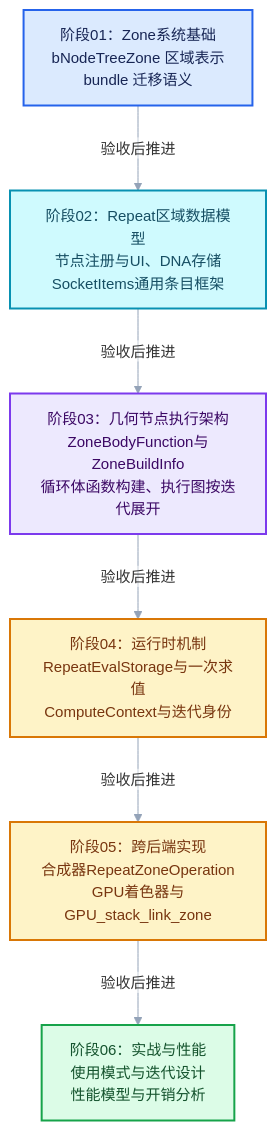
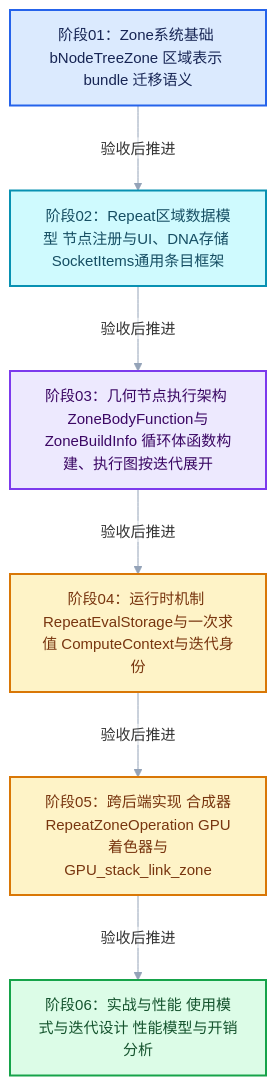
One commit to yunkezengren/blender-.vscode changed the first of 2 diagrams in 杂/markdown/重复区域-dsh/00-课程指南/01-学习路线与阶段验收.md. Above: the diagram before and after it, drawn with Mermaid. The commit also changed other lines of this file and 27 other files, not shown here.

````diff
--- a/杂/markdown/重复区域-dsh/00-课程指南/01-学习路线与阶段验收.md
+++ b/杂/markdown/重复区域-dsh/00-课程指南/01-学习路线与阶段验收.md
@@ -33,21 +31,21 @@
 ```mermaid
 %%{init: {"theme":"base","themeVariables":{"fontFamily":"\"Segoe UI\",\"Microsoft YaHei\",sans-serif","fontSize":"15px","lineColor":"#94A3B8","edgeLabelBackground":"#FFFFFF","clusterBkg":"#F8FAFC","clusterBorder":"#CBD5E1"},"flowchart":{"htmlLabels":false,"curve":"basis","nodeSpacing":52,"rankSpacing":64,"padding":14,"diagramPadding":16,"useMaxWidth":true},"sequence":{"useMaxWidth":true,"wrap":true,"mirrorActors":false,"messageMargin":36}}}%%
 flowchart TB
-  S0["阶段01：Zone系统基础<br/>bNodeTreeZone 区域表示<br/>bundle 迁移语义"]:::input
-  S1["阶段02：Repeat区域数据模型<br/>节点注册与UI、DNA存储<br/>SocketItems通用条目框架"]:::data
-  S2["阶段03：几何节点执行架构<br/>ZoneBodyFunction与ZoneBuildInfo<br/>循环体函数构建、执行图按迭代展开"]:::abstraction
-  S3["阶段04：运行时机制<br/>RepeatEvalStorage与一次求值<br/>ComputeContext与迭代身份"]:::compute
-  S4["阶段05：跨后端实现<br/>合成器RepeatZoneOperation<br/>GPU着色器与GPU_stack_link_zone"]:::compute
-  S5["阶段06：实战与性能<br/>使用模式与迭代设计<br/>性能模型与开销分析"]:::result
+  S0["阶段01：Zone系统基础 bNodeTreeZone 区域表示 bundle 迁移语义"]:::input
+  S1["阶段02：Repeat区域数据模型 节点注册与UI、DNA存储 SocketItems通用条目框架"]:::data
+  S2["阶段03：几何节点执行架构 ZoneBodyFunction与ZoneBuildInfo 循环体函数构建、执行图按迭代展开"]:::abstraction
+  S3["阶段04：运行时机制 RepeatEvalStorage与一次求值 ComputeContext与迭代身份"]:::compute
+  S4["阶段05：跨后端实现 合成器RepeatZoneOperation GPU着色器与GPU_stack_link_zone"]:::compute
+  S5["阶段06：实战与性能 使用模式与迭代设计 性能模型与开销分析"]:::result
   S0 -->|"验收后推进"| S1
   S1 -->|"验收后推进"| S2
   S2 -->|"验收后推进"| S3
   S3 -->|"验收后推进"| S4
   S4 -->|"验收后推进"| S5
   classDef input fill:#DBEAFE,stroke:#2563EB,color:#172554,stroke-width:2px;
   classDef data fill:#CFFAFE,stroke:#0891B2,color:#164E63,stroke-width:2px;
   classDef abstraction fill:#EDE9FE,stroke:#7C3AED,color:#3B0764,stroke-width:2px;
   classDef compute fill:#FEF3C7,stroke:#D97706,color:#78350F,stroke-width:2px;
   classDef result fill:#DCFCE7,stroke:#16A34A,color:#14532D,stroke-width:2px;
   classDef error fill:#FEE2E2,stroke:#DC2626,color:#7F1D1D,stroke-width:2px;
 ```
````
